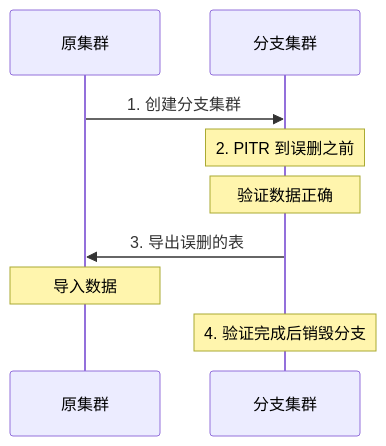
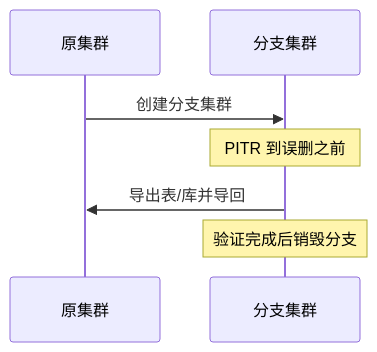
Before and after one commit to pgsty/pigsty.cc: the second of 2 diagrams in content/docs/concept/pitr/scenarios.md, drawn with Mermaid. The commit also changed other lines of this file and 21 other files, not shown here.

````diff
--- a/content/docs/concept/pitr/scenarios.md
+++ b/content/docs/concept/pitr/scenarios.md
@@ -152,11 +100,9 @@
 ```mermaid
 sequenceDiagram
     participant O as 原集群
     participant B as 分支集群
-    O->>B: 1. 创建分支集群
-    Note over B: 2. PITR 到误删之前
-    Note over B: 验证数据正确
-    B->>O: 3. 导出误删的表
-    Note over O: 导入数据
-    Note over B: 4. 验证完成后销毁分支
+    O->>B: 创建分支集群
+    Note over B: PITR 到误删之前
+    B->>O: 导出表/库并导回
+    Note over B: 验证完成后销毁分支
 ```
````
